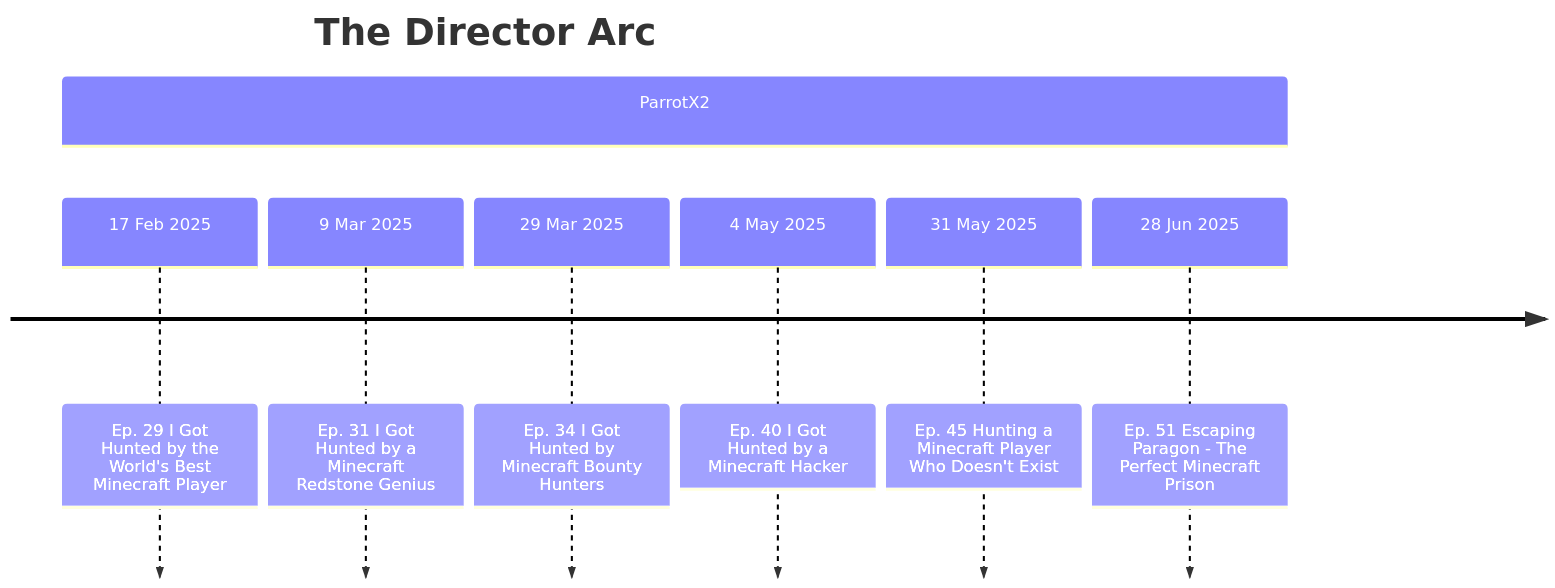
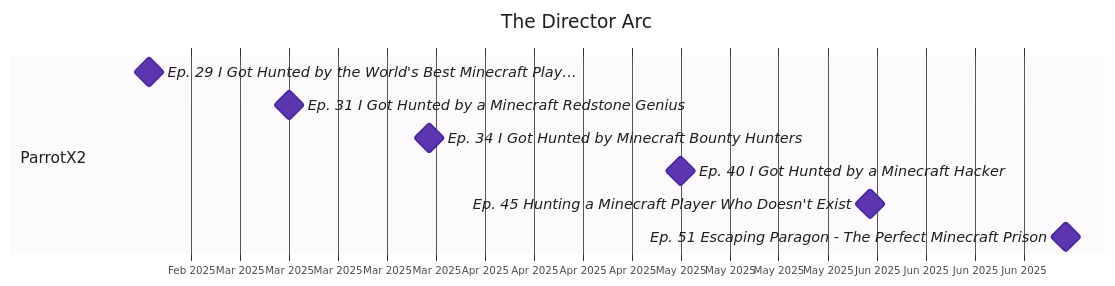
One commit to That1Guy005/Unstable-Wiki changed the diagram in docs/arcs/the-director-arc.md. Above: the diagram before and after it, drawn with Mermaid. The commit also changed other lines of this file and 57 other files, not shown here.

Commit message:
feat: improved readability charts

````diff
--- a/docs/arcs/the-director-arc.md
+++ b/docs/arcs/the-director-arc.md
@@ -23,11 +25,15 @@
 ```mermaid
-timeline
+%%{init: {"theme": "base", "themeVariables": {"fontFamily": "Roboto, Helvetica, Arial, sans-serif", "fontSize": "15px", "primaryTextColor": "#1f1f1f", "textColor": "#1f1f1f", "titleColor": "#1f1f1f", "gridColor": "#d0d0d8", "taskBkgColor": "#5e35b1", "taskBorderColor": "#4527a0", "taskTextColor": "#ffffff", "taskTextLightColor": "#ffffff", "taskTextDarkColor": "#1f1f1f", "taskTextOutsideColor": "#1f1f1f", "taskTextClickableColor": "#1f1f1f", "sectionBkgColor": "#ede7f6", "altSectionBkgColor": "#ffffff", "sectionBkgColor2": "#fff3d6"}, "gantt": {"barHeight": 26, "barGap": 6, "fontSize": 14, "sectionFontSize": 15, "leftPadding": 135, "topPadding": 54, "gridLineStartPadding": 40, "titleTopMargin": 24}, "themeCSS": ".titleText{font-size:20px;font-weight:600;fill:#1f1f1f} .sectionTitle{font-size:15px;font-weight:600;fill:#1f1f1f} .tick text{font-size:13px;fill:#333} .taskText,.taskTextOutsideRight,.taskTextOutsideLeft{font-size:14px} .milestone{fill:#5e35b1;stroke:#4527a0}"}}%%
+gantt
     title The Director Arc
+    dateFormat YYYY-MM-DD
+    axisFormat %b %Y
+    todayMarker off
     section ParrotX2
-        17 Feb 2025 : Ep. 29 I Got Hunted by the World's Best Minecraft Player
-        9 Mar 2025 : Ep. 31 I Got Hunted by a Minecraft Redstone Genius
-        29 Mar 2025 : Ep. 34 I Got Hunted by Minecraft Bounty Hunters
-        4 May 2025 : Ep. 40 I Got Hunted by a Minecraft Hacker
-        31 May 2025 : Ep. 45 Hunting a Minecraft Player Who Doesn't Exist
-        28 Jun 2025 : Ep. 51 Escaping Paragon - The Perfect Minecraft Prison
+    Ep. 29 I Got Hunted by the World's Best Minecraft Play… : milestone, m0, 2025-02-17, 0d
+    Ep. 31 I Got Hunted by a Minecraft Redstone Genius : milestone, m1, 2025-03-09, 0d
+    Ep. 34 I Got Hunted by Minecraft Bounty Hunters : milestone, m2, 2025-03-29, 0d
+    Ep. 40 I Got Hunted by a Minecraft Hacker : milestone, m3, 2025-05-04, 0d
+    Ep. 45 Hunting a Minecraft Player Who Doesn't Exist : milestone, m4, 2025-05-31, 0d
+    Ep. 51 Escaping Paragon - The Perfect Minecraft Prison : milestone, m5, 2025-06-28, 0d
 ```
````
